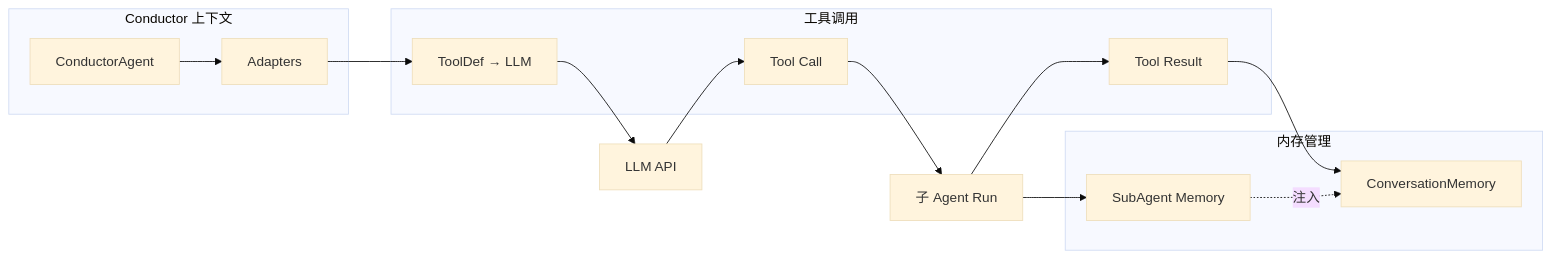
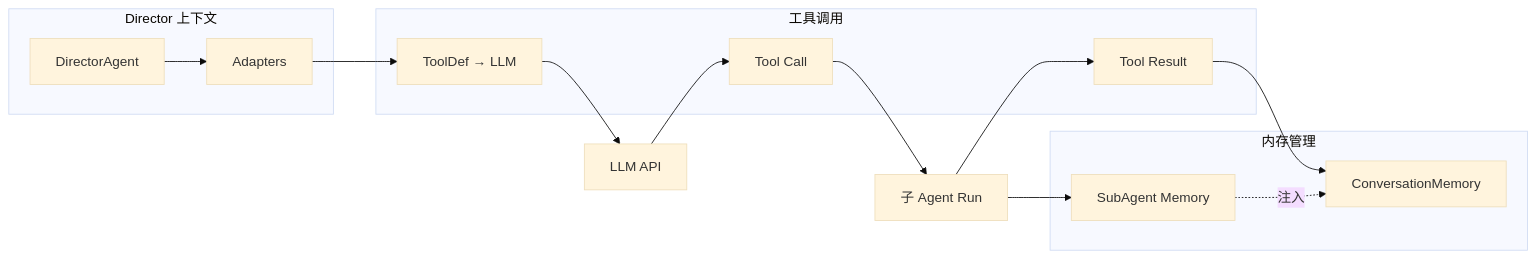
Before and after one commit to iohub/codeactor-agent: the tenth of 10 diagrams in docs/ARCHITECTURE.md, drawn with Mermaid (base theme). The commit also changed other lines of this file and 46 other files, not shown here.

First line of the commit message:
refactor: rename Conductor Agent to Director Agent

````diff
--- a/docs/ARCHITECTURE.md
+++ b/docs/ARCHITECTURE.md
@@ -1110,28 +1110,28 @@
 ```mermaid
 flowchart LR
-    subgraph ConductorScope [Conductor 上下文]
-        COND[ConductorAgent]
+    subgraph DirectorScope [Director 上下文]
+        COND[DirectorAgent]
         ADAPTERS[Adapters]
     end
     
     subgraph ToolCallScope [工具调用]
         TOOL_DEF[ToolDef → LLM]
         TOOL_CALL[Tool Call]
         TOOL_RESULT[Tool Result]
     end
     
     subgraph MemoryScope [内存管理]
         CONV_MEM[ConversationMemory]
         SUB_AGENT_MEM[SubAgent Memory]
     end
     
     COND --> ADAPTERS
     ADAPTERS --> TOOL_DEF
     TOOL_DEF --> LLM[LLM API]
     LLM --> TOOL_CALL
     TOOL_CALL --> SUB_AGENTS[子 Agent Run]
     SUB_AGENTS --> TOOL_RESULT
     TOOL_RESULT --> CONV_MEM
     SUB_AGENTS --> SUB_AGENT_MEM
     SUB_AGENT_MEM -.->|注入| CONV_MEM
 ```
````
